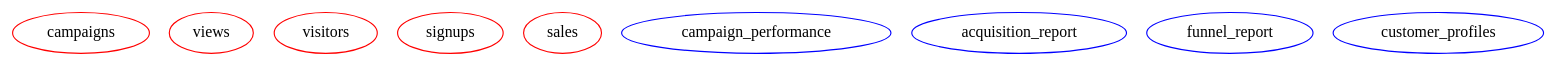
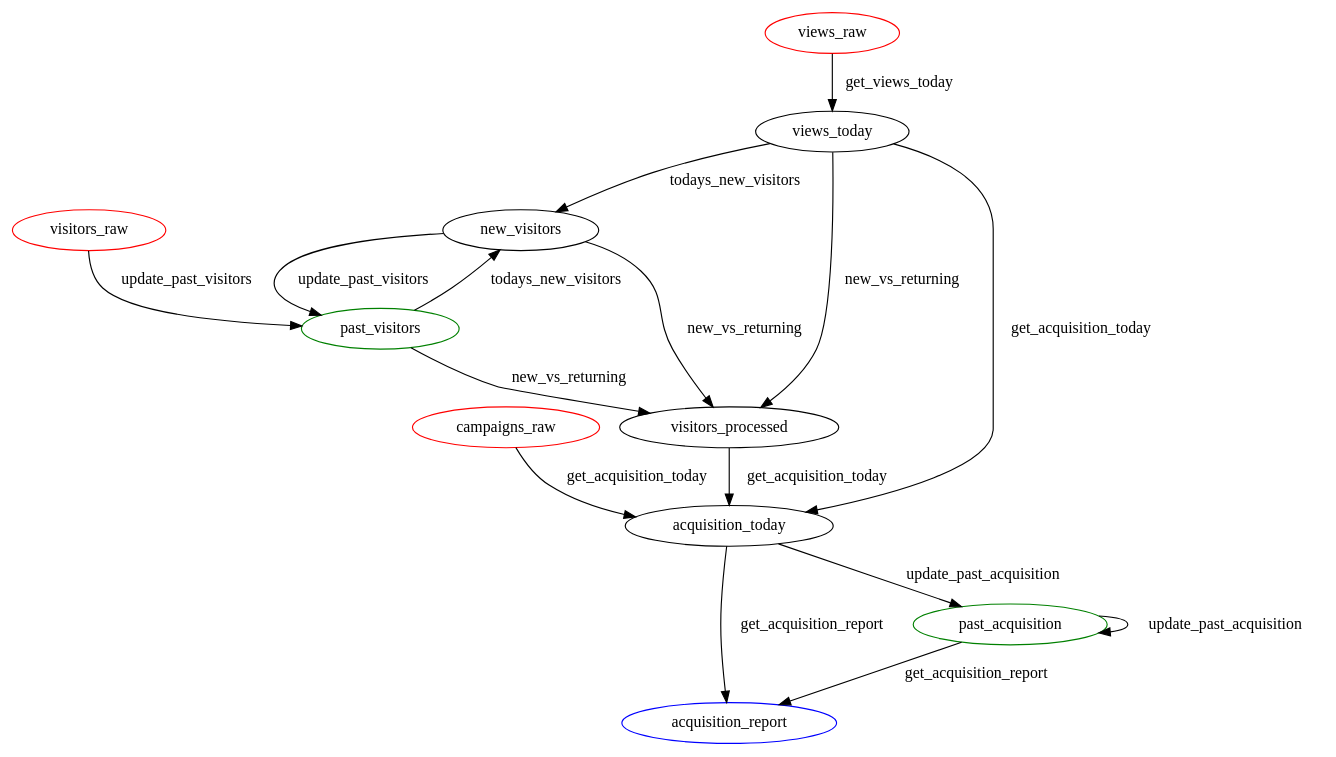
Before and after one commit to chiefastro/skillenai-notebooks: the diagram in worst-data-pipeline/worst-data-pipeline.dot, drawn with Graphviz. The commit also changed 2 other files, not shown here.

```diff
--- a/worst-data-pipeline/worst-data-pipeline.dot
+++ b/worst-data-pipeline/worst-data-pipeline.dot
@@ -1,29 +1,43 @@
-digraph worst_data_pipeline {
+digraph best_data_pipeline {
 
   //setup
   compound = True;
   splines = True;
 
   // inputs in red
-  campaigns [color = red]
-  views [color = red]
-  visitors [color = red]
-  signups [color = red]
-  sales [color = red]
+  campaigns_raw [color = red]
+  views_raw [color = red]
+  visitors_raw [color = red]
 
   // outputs in blue
-  campaign_performance [color = blue]
   acquisition_report [color = blue]
-  funnel_report [color = blue]
-  customer_profiles [color = blue]
+
+  // intermediates in green
+  past_visitors [color = green]
+  past_acquisition [color = green]
 
   // subgraphs
   subgraph etl {
     label = "etl";
 
     subgraph prep_traffic {
-      
+      label = "prep_traffic"
+
+      // get new vs returning visitors
+      views_raw -> views_today [label="get_views_today"]
+      {views_today, past_visitors} -> new_visitors [label="todays_new_visitors"]
+      {new_visitors, past_visitors, views_today} -> visitors_processed [label="new_vs_returning"]
+      {visitors_raw, new_visitors} -> past_visitors [label="update_past_visitors"]
+
     }
+
+    subgraph acquisition_report {
+      {campaigns_raw, views_today, visitors_processed} -> acquisition_today [label="get_acquisition_today"]
+      {past_acquisition, acquisition_today} -> acquisition_report [label="get_acquisition_report"]
+      {past_acquisition, acquisition_today} -> past_acquisition [label="update_past_acquisition"]
+
+    }
+
   }
 
 }
```
